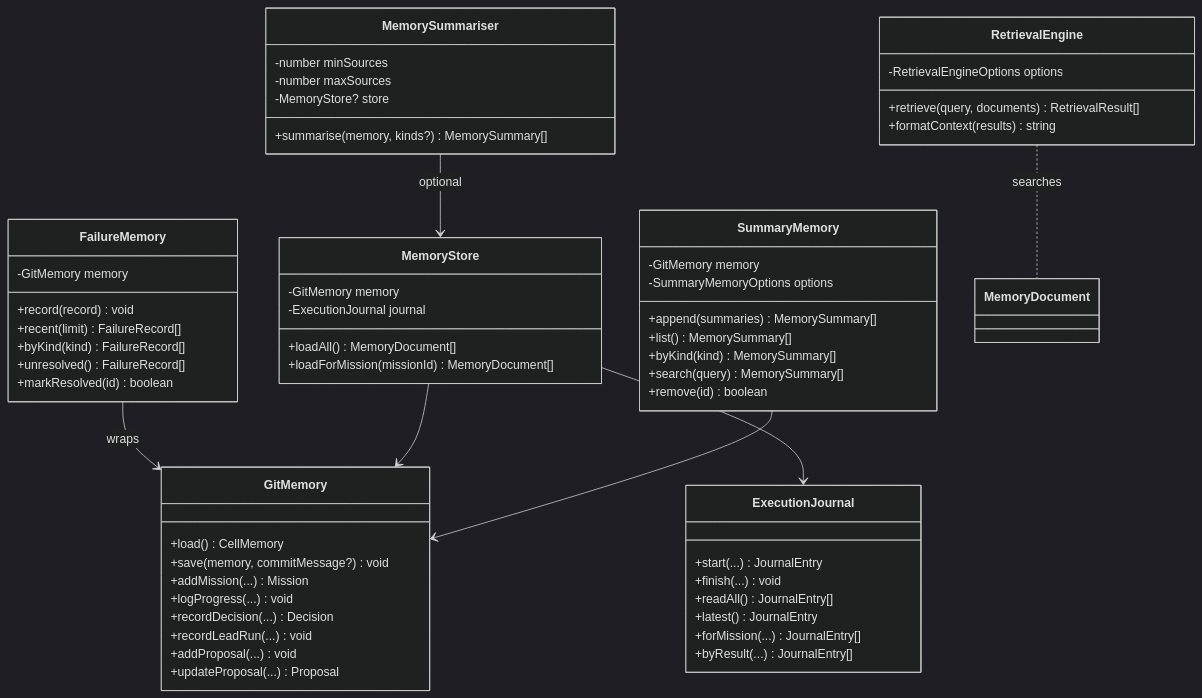
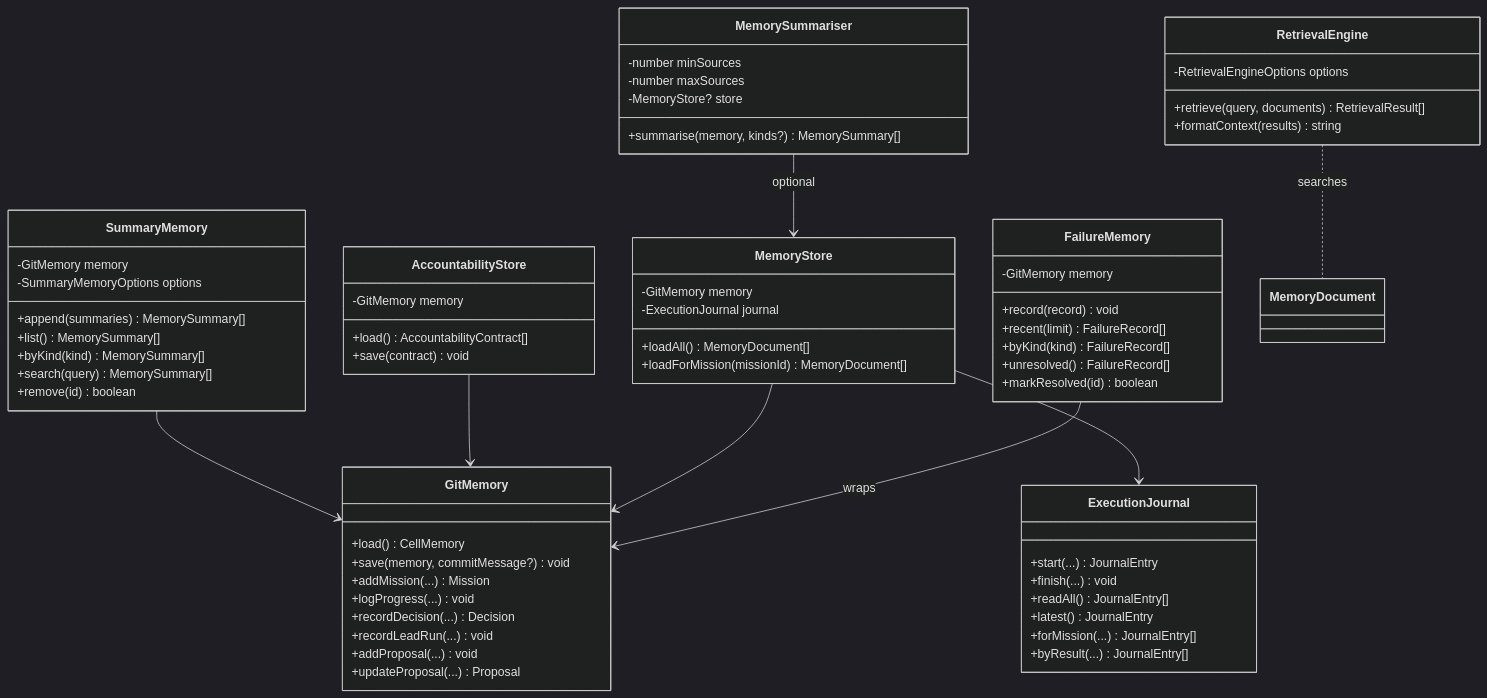
One commit to rajataijarvis-coder/build-long-running-cell changed the third of 8 diagrams in docs/CLASS_DIAGRAMS.md. Above: the diagram before and after it, drawn with Mermaid (dark theme). The commit also changed other lines of this file and 1 other file, not shown here.

Commit message:
P2.3: review and update sequence and class diagrams for current code

````diff
--- a/docs/CLASS_DIAGRAMS.md
+++ b/docs/CLASS_DIAGRAMS.md
@@ -223,68 +256,75 @@
 ```mermaid
 classDiagram
     class GitMemory {
         +load() CellMemory
         +save(memory, commitMessage?) void
         +addMission(...) Mission
         +logProgress(...) void
         +recordDecision(...) Decision
         +recordLeadRun(...) void
         +addProposal(...) void
         +updateProposal(...) Proposal
     }
 
     class FailureMemory {
         -GitMemory memory
         +record(record) void
         +recent(limit) FailureRecord[]
         +byKind(kind) FailureRecord[]
         +unresolved() FailureRecord[]
         +markResolved(id) boolean
     }
 
     class ExecutionJournal {
         +start(...) JournalEntry
         +finish(...) void
         +readAll() JournalEntry[]
         +latest() JournalEntry
         +forMission(...) JournalEntry[]
         +byResult(...) JournalEntry[]
     }
 
     class MemoryStore {
         -GitMemory memory
         -ExecutionJournal journal
         +loadAll() MemoryDocument[]
         +loadForMission(missionId) MemoryDocument[]
     }
 
+    class AccountabilityStore {
+        -GitMemory memory
+        +load() AccountabilityContract[]
+        +save(contract) void
+    }
+
     class RetrievalEngine {
         -RetrievalEngineOptions options
         +retrieve(query, documents) RetrievalResult[]
         +formatContext(results) string
     }
 
     class MemorySummariser {
         -number minSources
         -number maxSources
         -MemoryStore? store
         +summarise(memory, kinds?) MemorySummary[]
     }
 
     class SummaryMemory {
         -GitMemory memory
         -SummaryMemoryOptions options
         +append(summaries) MemorySummary[]
         +list() MemorySummary[]
         +byKind(kind) MemorySummary[]
         +search(query) MemorySummary[]
         +remove(id) boolean
     }
 
     FailureMemory --> GitMemory : wraps
     MemoryStore --> GitMemory
     MemoryStore --> ExecutionJournal
+    AccountabilityStore --> GitMemory
     MemorySummariser --> MemoryStore : optional
     SummaryMemory --> GitMemory
     RetrievalEngine .. MemoryDocument : searches
 ```
````
